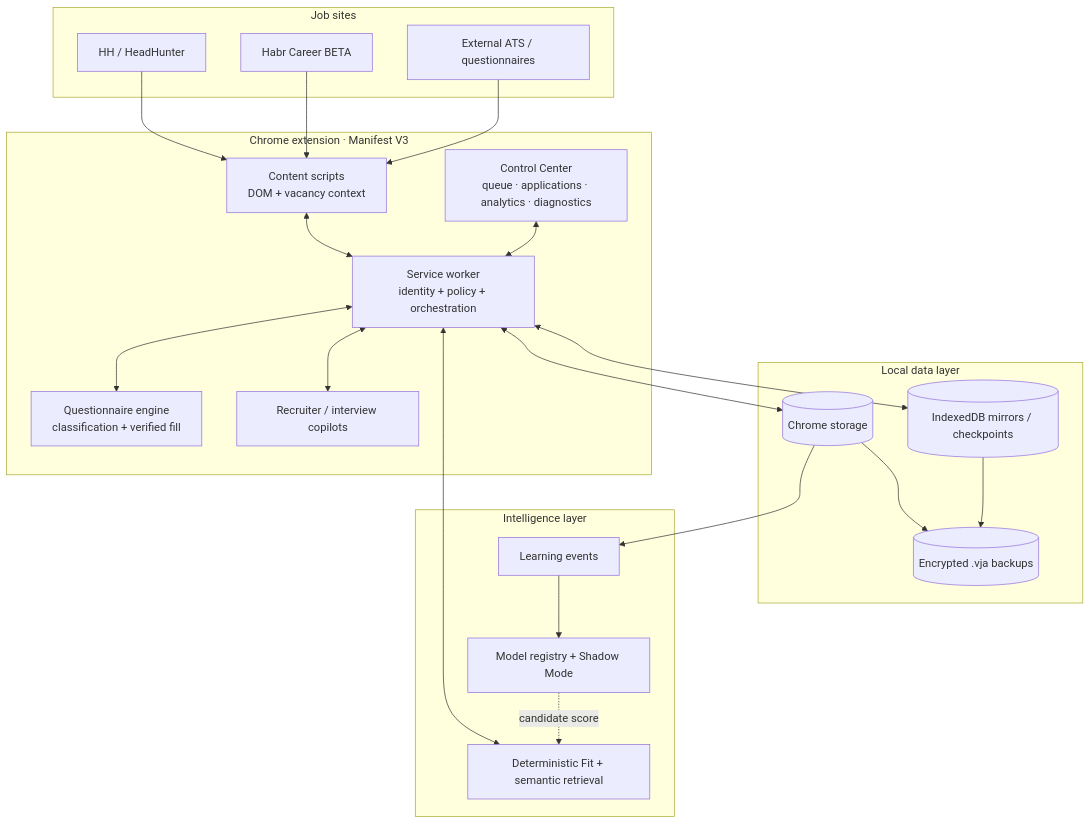
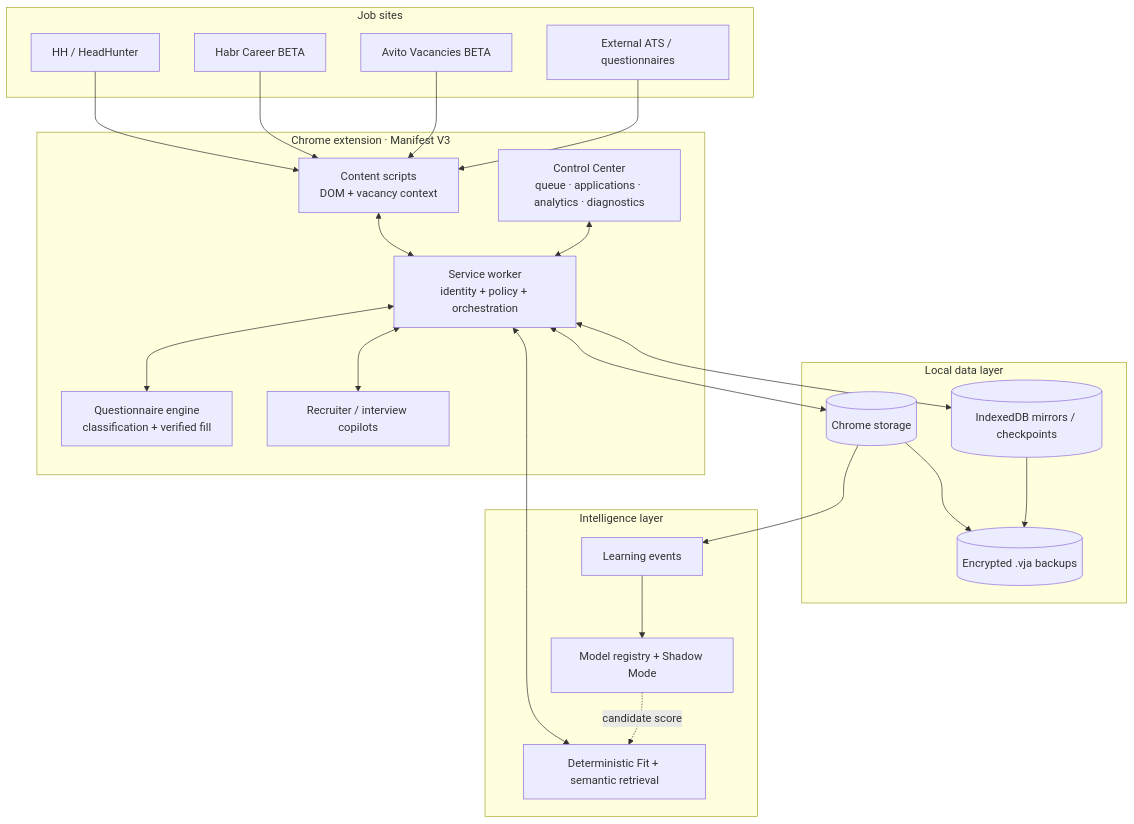
Before and after one commit to ViolettaNcl/job-search-assistant: the second of 5 diagrams in README.md, drawn with Mermaid. The commit also changed other lines of this file and 105 other files, not shown here.

````diff
--- a/README.md
+++ b/README.md
@@ -80,44 +81,46 @@
 ```mermaid
 flowchart TB
     subgraph Sites[Job sites]
       HH[HH / HeadHunter]
       HC[Habr Career BETA]
+      AV[Avito Vacancies BETA]
       ATS[External ATS / questionnaires]
     end
 
     subgraph Browser[Chrome extension · Manifest V3]
       CS[Content scripts\nDOM + vacancy context]
       SW[Service worker\nidentity + policy + orchestration]
       UI[Control Center\nqueue · applications · analytics · diagnostics]
       QE[Questionnaire engine\nclassification + verified fill]
       RC[Recruiter / interview copilots]
     end
 
     subgraph Data[Local data layer]
       CH[(Chrome storage)]
       IDB[(IndexedDB mirrors / checkpoints)]
       BK[(Encrypted .vja backups)]
     end
 
     subgraph Intelligence[Intelligence layer]
       FIT[Deterministic Fit + semantic retrieval]
       LEARN[Learning events]
       REG[Model registry + Shadow Mode]
     end
 
     HH --> CS
     HC --> CS
+    AV --> CS
     ATS --> CS
     CS <--> SW
     SW <--> QE
     SW <--> RC
     UI <--> SW
     SW <--> CH
     SW <--> IDB
     CH --> BK
     IDB --> BK
     SW <--> FIT
     CH --> LEARN
     LEARN --> REG
     REG -. candidate score .-> FIT
 ```
````
